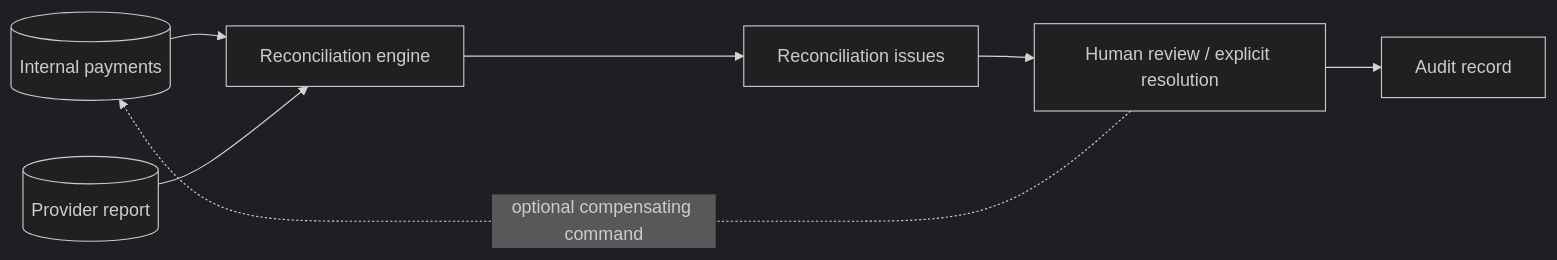
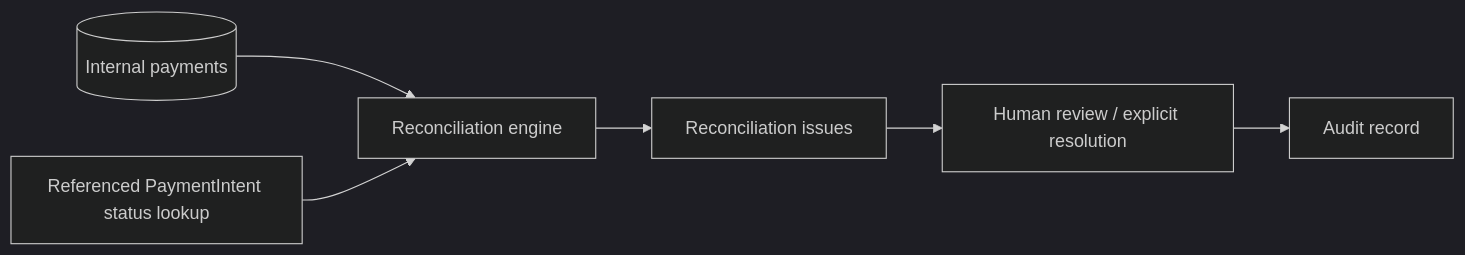
Before and after one commit to daniel-tsx/fintech: the diagram in docs/reconciliation.md, drawn with Mermaid (dark theme). The commit also changed 26 other files, not shown here.

````diff
--- a/docs/reconciliation.md
+++ b/docs/reconciliation.md
@@ -13,9 +13,8 @@
 ```mermaid
 flowchart LR
   I[(Internal payments)] --> E[Reconciliation engine]
-  P[(Provider report)] --> E
+  P[Referenced PaymentIntent status lookup] --> E
   E --> Q[Reconciliation issues]
   Q --> H[Human review / explicit resolution]
   H --> A[Audit record]
-  H -. optional compensating command .-> I
 ```
````
